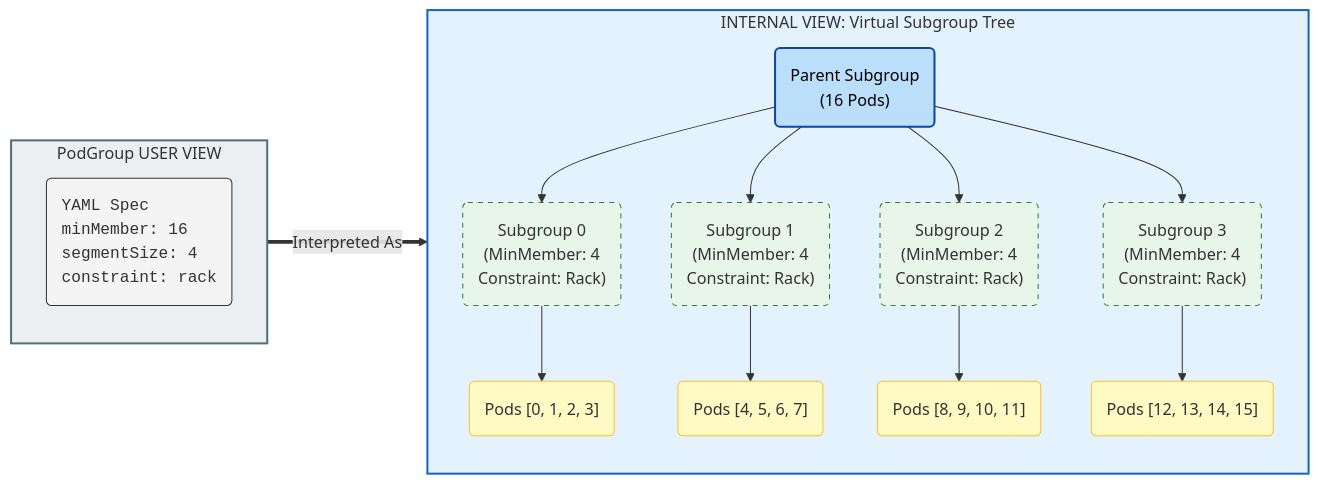
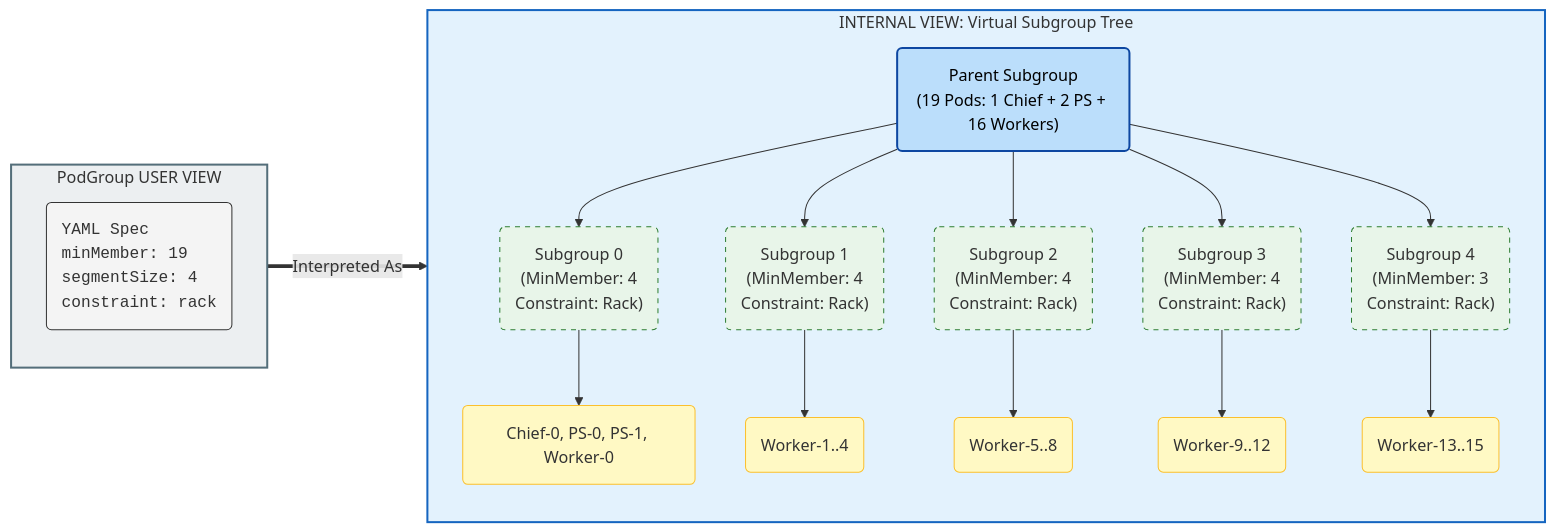
One commit to NVIDIA/KAI-Scheduler changed the diagram in docs/developer/designs/segmented-subgroups/README.md. Above: the diagram before and after it, drawn with Mermaid. The commit also changed other lines of this file, not shown here.

````diff
--- a/docs/developer/designs/segmented-subgroups/README.md
+++ b/docs/developer/designs/segmented-subgroups/README.md
@@ -107,47 +137,50 @@
 ```mermaid
 graph LR
     %% === Styles ===
     classDef yamlNode fill:#f4f4f4,stroke:#333,stroke-width:1px,font-family:monospace,text-align:left;
     classDef rootNode fill:#bbdefb,stroke:#0d47a1,stroke-width:2px,color:#000;
     classDef virtualNode fill:#e8f5e9,stroke:#2e7d32,stroke-width:1px,stroke-dasharray: 5 5;
     classDef podNode fill:#fff9c4,stroke:#fbc02d,stroke-width:1px;
 
     %% === Left Container: User View ===
     subgraph UserView ["PodGroup USER VIEW"]
         direction TB
-        yamlSpec("YAML Spec<br/>minMember: 16<br/>segmentSize: 4<br/>constraint: rack"):::yamlNode
+        yamlSpec("YAML Spec<br/>minMember: 19<br/>segmentSize: 4<br/>constraint: rack"):::yamlNode
     end
 
     %% === Right Container: Internal State ===
     subgraph InternalView ["INTERNAL VIEW: Virtual Subgroup Tree"]
         direction TB
 
-        RootSG("Parent Subgroup<br/>(16 Pods)"):::rootNode
+        RootSG("Parent Subgroup<br/>(19 Pods: 1 Chief + 2 PS + 16 Workers)"):::rootNode
 
         %% Virtual Segments
         VS0("Subgroup 0<br/>(MinMember: 4<br/>Constraint: Rack)"):::virtualNode
         VS1("Subgroup 1<br/>(MinMember: 4<br/>Constraint: Rack)"):::virtualNode
         VS2("Subgroup 2<br/>(MinMember: 4<br/>Constraint: Rack)"):::virtualNode
         VS3("Subgroup 3<br/>(MinMember: 4<br/>Constraint: Rack)"):::virtualNode
+        VS4("Subgroup 4<br/>(MinMember: 3<br/>Constraint: Rack)"):::virtualNode
 
         %% Pod Assignments
-        Pods0("Pods [0, 1, 2, 3]"):::podNode
-        Pods1("Pods [4, 5, 6, 7]"):::podNode
-        Pods2("Pods [8, 9, 10, 11]"):::podNode
-        Pods3("Pods [12, 13, 14, 15]"):::podNode
+        Pods0("Chief-0, PS-0, PS-1, Worker-0"):::podNode
+        Pods1("Worker-1..4"):::podNode
+        Pods2("Worker-5..8"):::podNode
+        Pods3("Worker-9..12"):::podNode
+        Pods4("Worker-13..15"):::podNode
 
         %% Tree Connections
-        RootSG --> VS0 & VS1 & VS2 & VS3
+        RootSG --> VS0 & VS1 & VS2 & VS3 & VS4
         VS0 --> Pods0
         VS1 --> Pods1
         VS2 --> Pods2
         VS3 --> Pods3
+        VS4 --> Pods4
     end
 
     %% === Connection ===
     UserView == "Interpreted As" ==> RootSG
 
     %% Apply styles
     style UserView fill:#eceff1,stroke:#546e7a,stroke-width:2px
     style InternalView fill:#e3f2fd,stroke:#1565c0,stroke-width:2px
 ```
````
